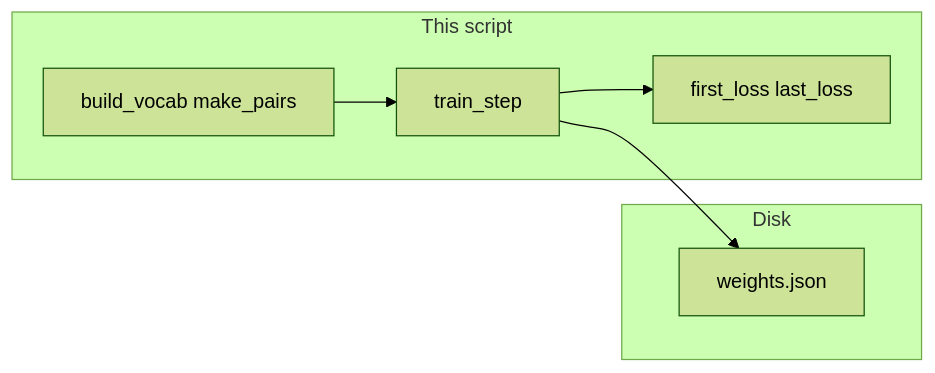
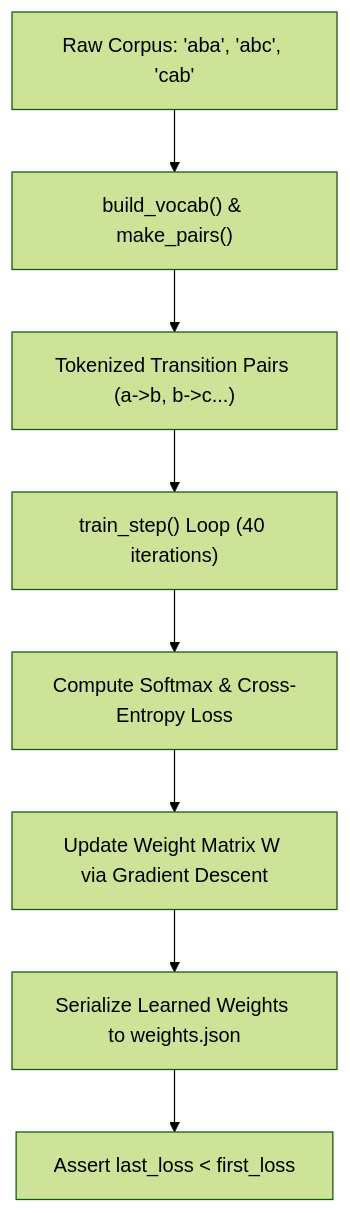
The diagram in education/optional_training/lab0_pretrain_tiny.md (jacobbweber/AgenticAI-Labs), drawn with Mermaid (forest theme) before and after one commit. The commit also changed other lines of this file and 123 other files, not shown here.

````diff
--- a/education/optional_training/lab0_pretrain_tiny.md
+++ b/education/optional_training/lab0_pretrain_tiny.md
@@ -17,14 +23,10 @@
 ```mermaid
-flowchart LR
-    subgraph lab0_pt_script [This script]
-        TOK["build_vocab make_pairs"]
-        LOOP["train_step"]
-        OUT["first_loss last_loss"]
-    end
-    subgraph lab0_pt_out [Disk]
-        W["weights.json"]
-    end
-    TOK --> LOOP
-    LOOP --> OUT
-    LOOP --> W
+flowchart TD
+    A["Raw Corpus: 'aba', 'abc', 'cab'"] --> B["build_vocab() & make_pairs()"]
+    B --> C["Tokenized Transition Pairs (a->b, b->c...)"]
+    C --> D["train_step() Loop (40 iterations)"]
+    D --> E["Compute Softmax & Cross-Entropy Loss"]
+    E --> F["Update Weight Matrix W via Gradient Descent"]
+    F --> G["Serialize Learned Weights to weights.json"]
+    G --> H["Assert last_loss < first_loss"]
 ```
````
